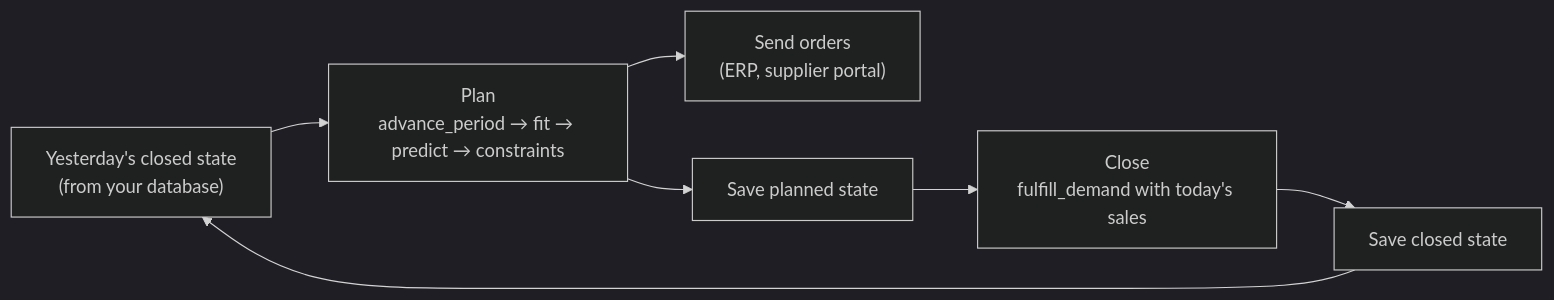
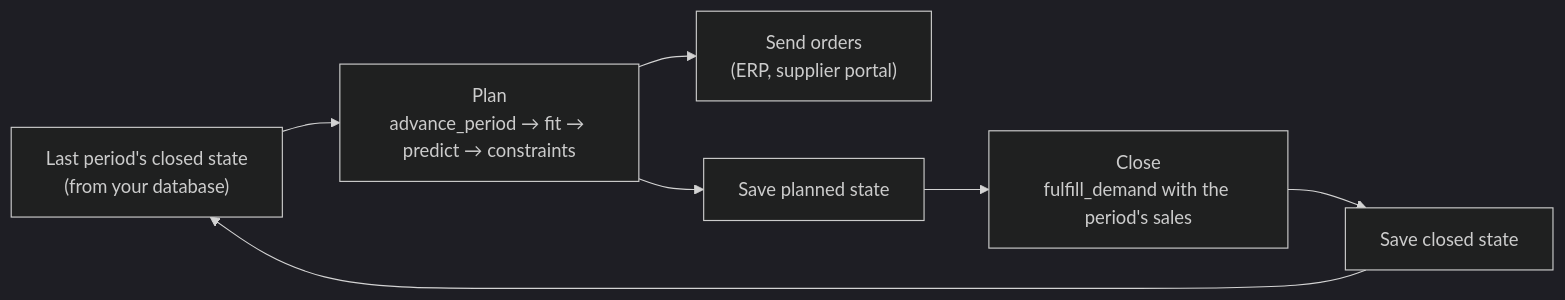
One commit to FilTheo/stockcast changed the diagram in docs/how-to/production.md. Above: the diagram before and after it, drawn with Mermaid (dark theme). The commit also changed other lines of this file and 7 other files, not shown here.

````diff
--- a/docs/how-to/production.md
+++ b/docs/how-to/production.md
@@ -15,9 +15,9 @@
 ```mermaid
 flowchart LR
-    A["Yesterday's closed state<br/>(from your database)"] --> B["Plan<br/>advance_period → fit → predict → constraints"]
+    A["Last period's closed state<br/>(from your database)"] --> B["Plan<br/>advance_period → fit → predict → constraints"]
     B --> C["Send orders<br/>(ERP, supplier portal)"]
     B --> D["Save planned state"]
-    D --> E["Close<br/>fulfill_demand with today's sales"]
+    D --> E["Close<br/>fulfill_demand with the period's sales"]
     E --> F["Save closed state"]
     F --> A
 ```
````
